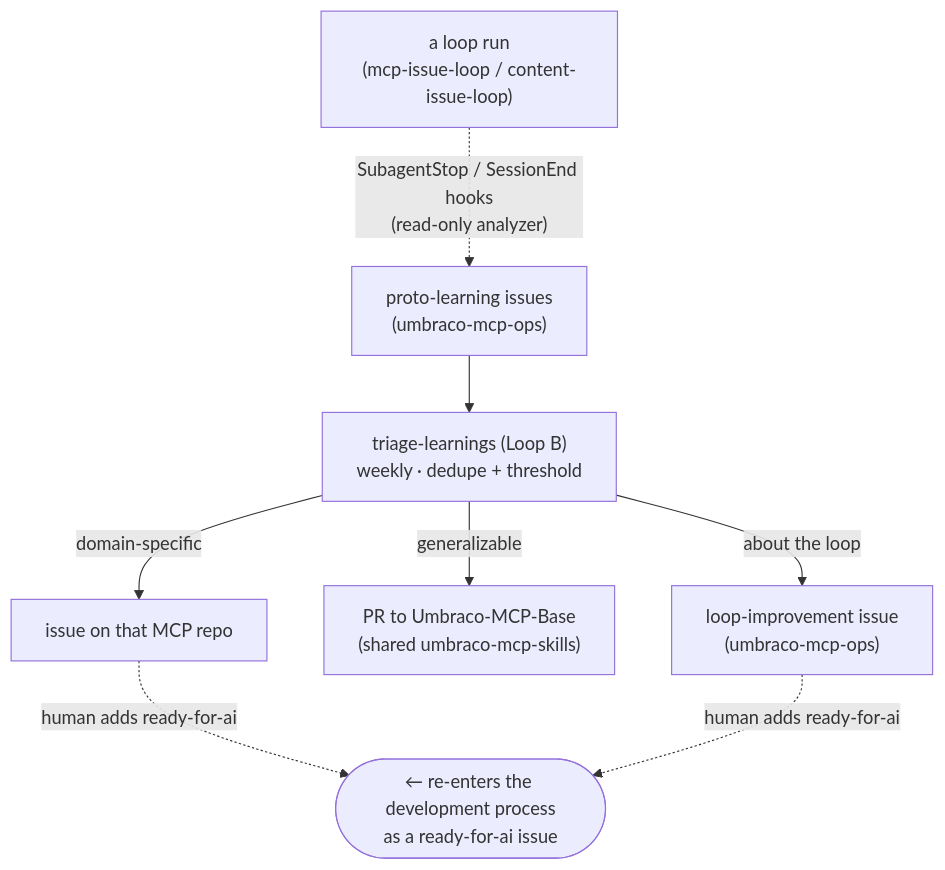
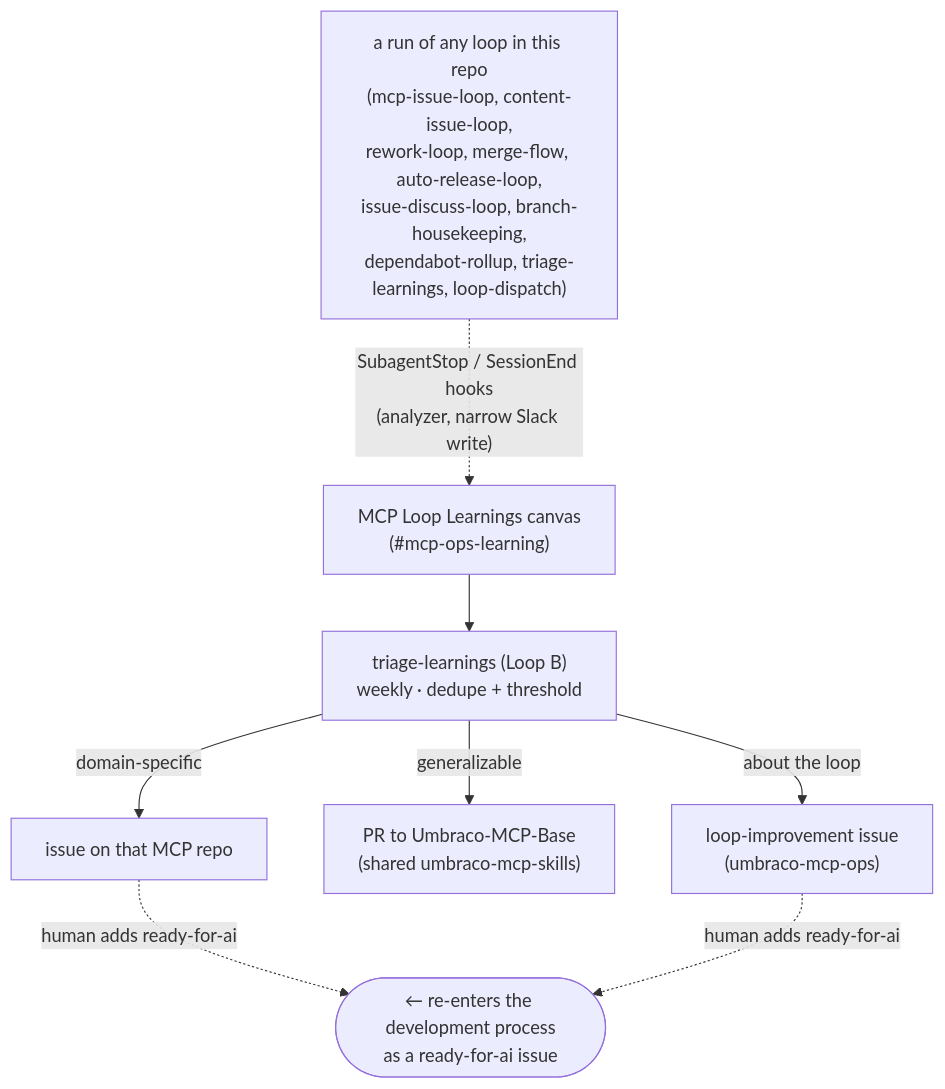
Before and after one commit to hifi-phil/umbraco-mcp-ops: the second of 3 diagrams in docs/self-learning-system.md, drawn with Mermaid. The commit also changed other lines of this file and 27 other files, not shown here.

First line of the commit message:
feat(self-learning): move proto-learning capture to a Slack canvas, in its own plugin (#82)

````diff
--- a/docs/self-learning-system.md
+++ b/docs/self-learning-system.md
@@ -44,10 +44,10 @@
 ```mermaid
 flowchart TD
-    LOOP["a loop run<br/>(mcp-issue-loop / content-issue-loop)"] -. "SubagentStop / SessionEnd hooks<br/>(read-only analyzer)" .-> PROTO["proto-learning issues<br/>(umbraco-mcp-ops)"]
-    PROTO --> TRIAGE["triage-learnings (Loop B)<br/>weekly · dedupe + threshold"]
+    LOOP["a run of any loop in this repo<br/>(mcp-issue-loop, content-issue-loop,<br/>rework-loop, merge-flow, auto-release-loop,<br/>issue-discuss-loop, branch-housekeeping,<br/>dependabot-rollup, triage-learnings, loop-dispatch)"] -. "SubagentStop / SessionEnd hooks<br/>(analyzer, narrow Slack write)" .-> CANVAS["MCP Loop Learnings canvas<br/>(#mcp-ops-learning)"]
+    CANVAS --> TRIAGE["triage-learnings (Loop B)<br/>weekly · dedupe + threshold"]
     TRIAGE -->|domain-specific| MREPO["issue on that MCP repo"]
     TRIAGE -->|generalizable| SHARED["PR to Umbraco-MCP-Base<br/>(shared umbraco-mcp-skills)"]
     TRIAGE -->|about the loop| LOOPIMP["loop-improvement issue<br/>(umbraco-mcp-ops)"]
     MREPO -. "human adds ready-for-ai" .-> BACK(["← re-enters the development process<br/>as a ready-for-ai issue"])
     LOOPIMP -. "human adds ready-for-ai" .-> BACK
 ```
````
